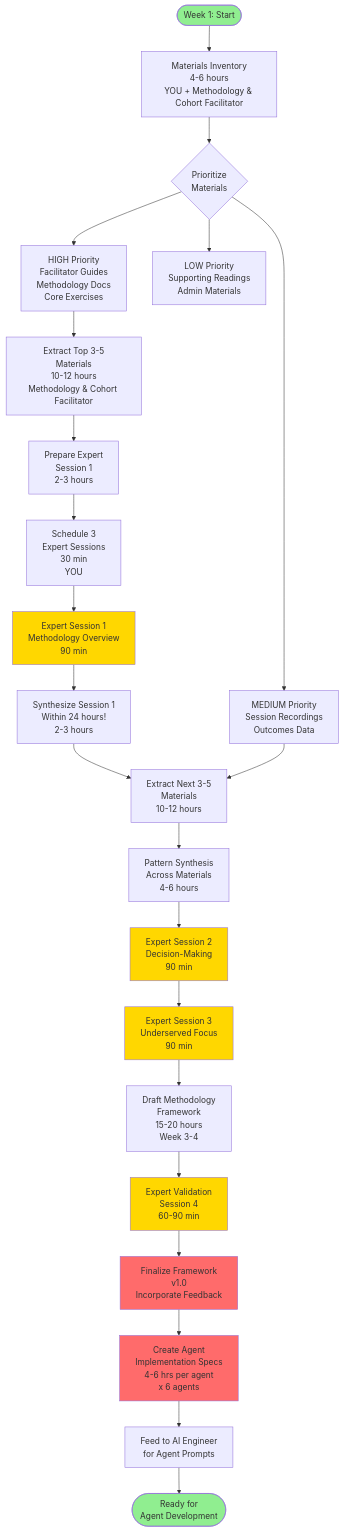
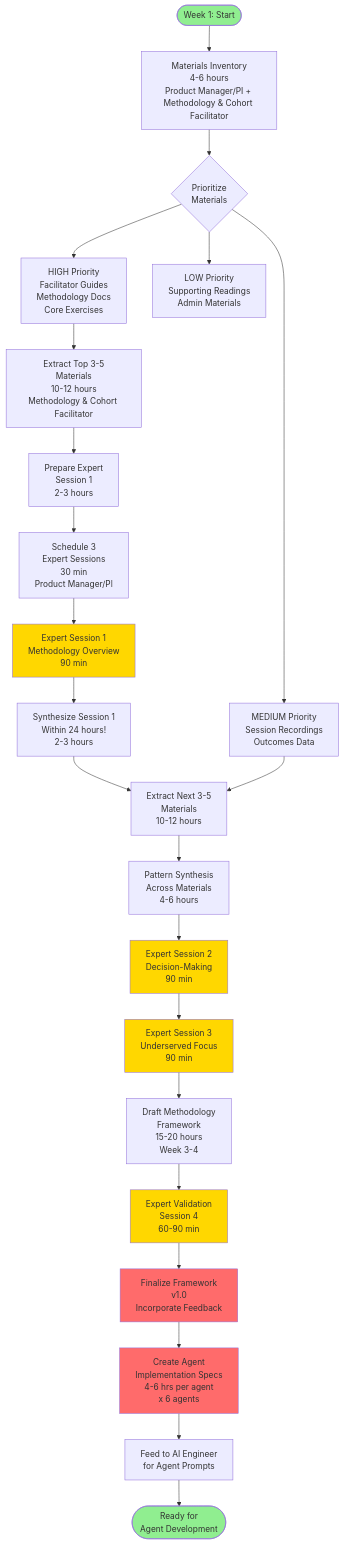
The second of 10 diagrams in docs/VISUAL-ROADMAP.md (thedakr/ventre_prod_pi), drawn with Mermaid before and after one commit. The commit also changed other lines of this file and 1 other file, not shown here.

Commit message:
Remove second-person pronouns, use professional third-person language
Changes:
- VISUAL-ROADMAP.md: "YOU" → "Product Manager/PI" in diagrams and labels
- EXECUTIVE-SUMMARY.md: Changed "You" references to "The team" and "Product Manager/PI (Matt Paxman)"
- Updated summary section from "You're Well-Positioned" to "Strong Foundation for Success"
- Changed closing from "You can do this" to professional statement about execution

VISION-SCALING-STRATEGY.md already clean (no second-person pronouns).

🤖 Generated with [Claude Code](https://claude.com/claude-code)

````diff
--- a/docs/VISUAL-ROADMAP.md
+++ b/docs/VISUAL-ROADMAP.md
@@ -65,51 +65,51 @@
 ```mermaid
 flowchart TD
-    Start([Week 1: Start]) --> Inventory[Materials Inventory<br/>4-6 hours<br/>YOU + Methodology & Cohort Facilitator]
+    Start([Week 1: Start]) --> Inventory[Materials Inventory<br/>4-6 hours<br/>Product Manager/PI + Methodology & Cohort Facilitator]
 
     Inventory --> Prioritize{Prioritize<br/>Materials}
 
     Prioritize --> High[HIGH Priority<br/>Facilitator Guides<br/>Methodology Docs<br/>Core Exercises]
     Prioritize --> Medium[MEDIUM Priority<br/>Session Recordings<br/>Outcomes Data]
     Prioritize --> Low[LOW Priority<br/>Supporting Readings<br/>Admin Materials]
 
     High --> Extract1[Extract Top 3-5<br/>Materials<br/>10-12 hours<br/>Methodology & Cohort Facilitator]
 
     Extract1 --> PrepExpert1[Prepare Expert<br/>Session 1<br/>2-3 hours]
 
-    PrepExpert1 --> Schedule[Schedule 3<br/>Expert Sessions<br/>30 min<br/>YOU]
+    PrepExpert1 --> Schedule[Schedule 3<br/>Expert Sessions<br/>30 min<br/>Product Manager/PI]
 
     Schedule --> ExpertS1[Expert Session 1<br/>Methodology Overview<br/>90 min]
 
     ExpertS1 --> Synth1[Synthesize Session 1<br/>Within 24 hours!<br/>2-3 hours]
 
     Synth1 --> Extract2[Extract Next 3-5<br/>Materials<br/>10-12 hours]
 
     Medium --> Extract2
 
     Extract2 --> PatternSynth[Pattern Synthesis<br/>Across Materials<br/>4-6 hours]
 
     PatternSynth --> ExpertS2[Expert Session 2<br/>Decision-Making<br/>90 min]
 
     ExpertS2 --> ExpertS3[Expert Session 3<br/>Underserved Focus<br/>90 min]
 
     ExpertS3 --> DraftFramework[Draft Methodology<br/>Framework<br/>15-20 hours<br/>Week 3-4]
 
     DraftFramework --> ValidateExpert[Expert Validation<br/>Session 4<br/>60-90 min]
 
     ValidateExpert --> FinalizeFramework[Finalize Framework<br/>v1.0<br/>Incorporate Feedback]
 
     FinalizeFramework --> AgentSpecs[Create Agent<br/>Implementation Specs<br/>4-6 hrs per agent<br/>x 6 agents]
 
     AgentSpecs --> ToAgents[Feed to AI Engineer<br/>for Agent Prompts]
 
     ToAgents --> End([Ready for<br/>Agent Development])
 
     style Start fill:#90EE90
     style End fill:#90EE90
     style ExpertS1 fill:#FFD700
     style ExpertS2 fill:#FFD700
     style ExpertS3 fill:#FFD700
     style ValidateExpert fill:#FFD700
     style FinalizeFramework fill:#FF6B6B
     style AgentSpecs fill:#FF6B6B
 ```
````
